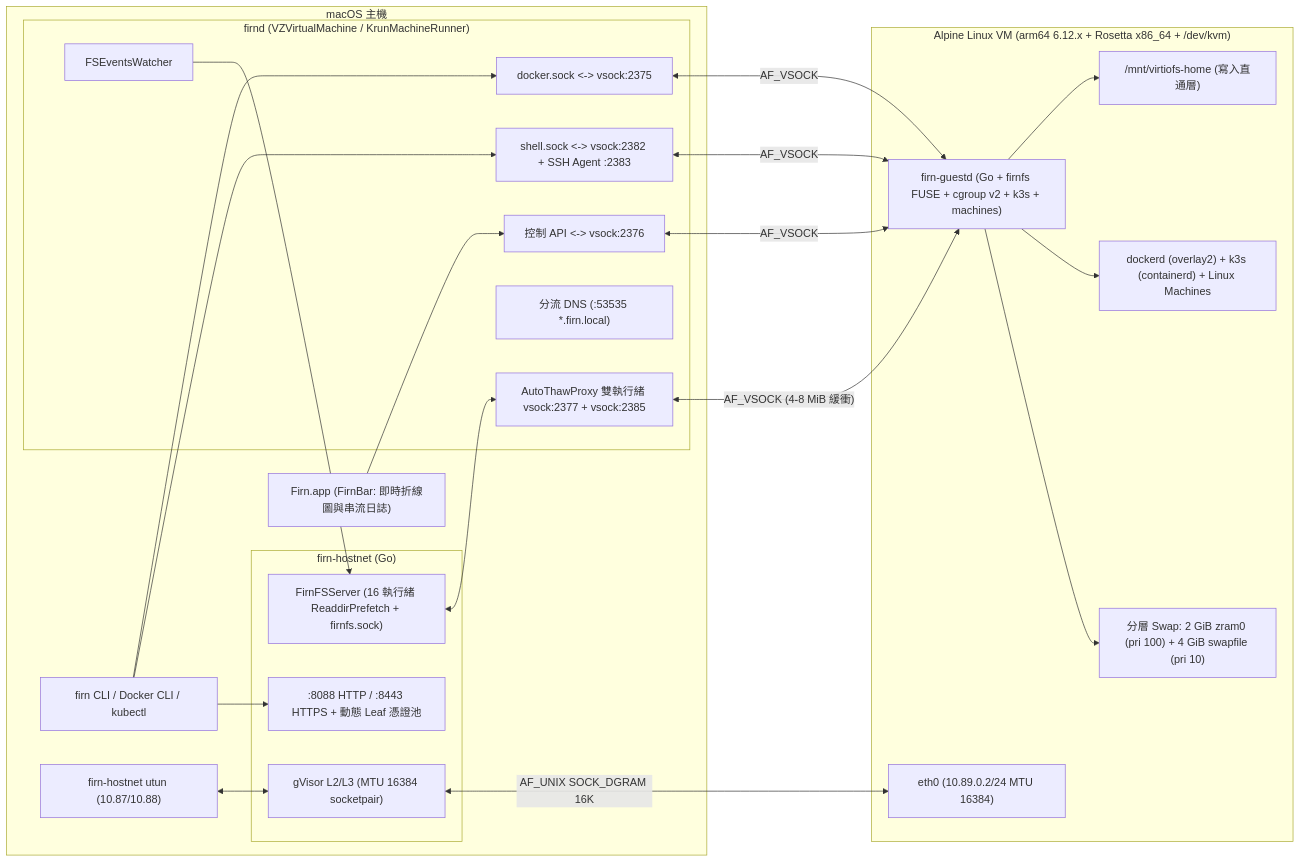
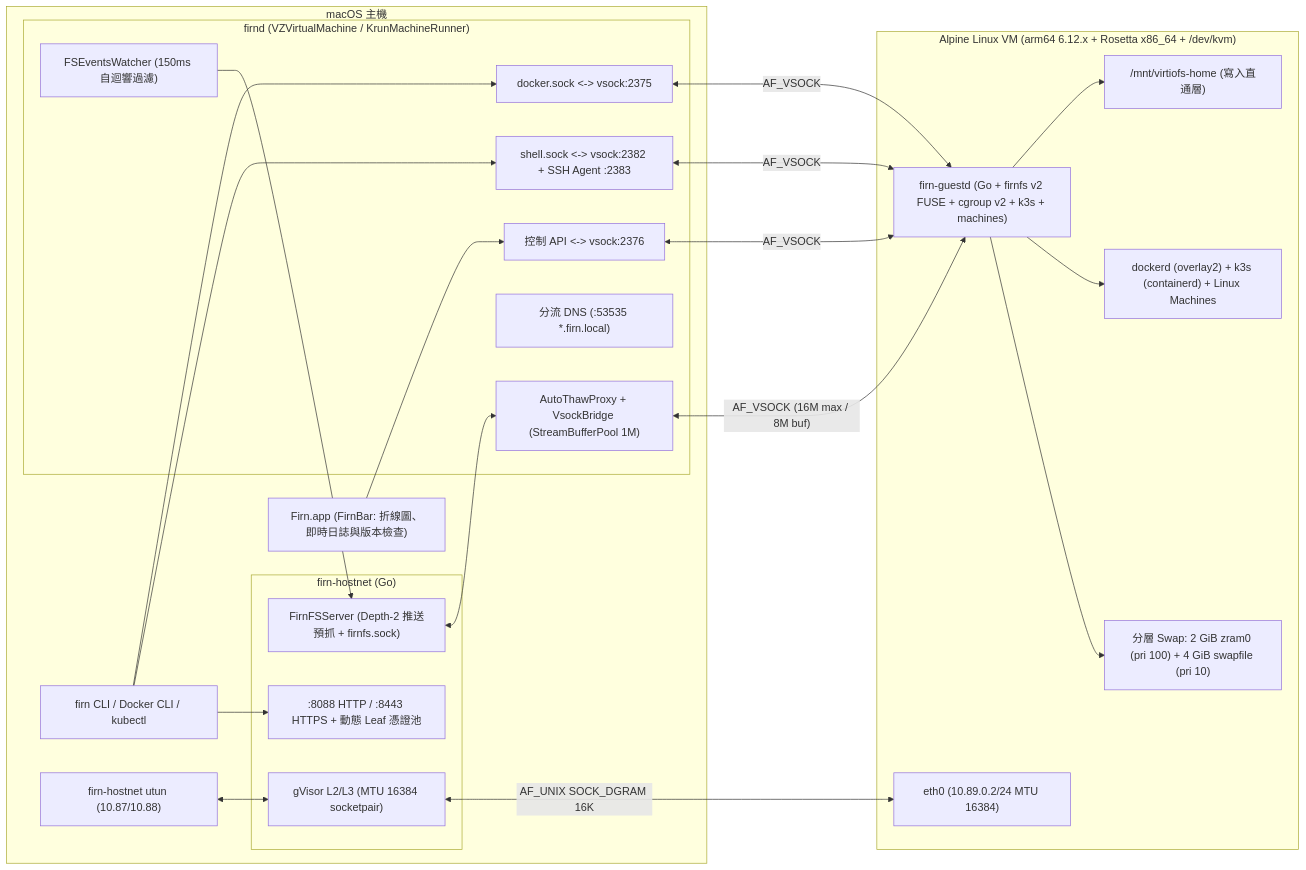
One commit to zxzinn/firn changed the diagram in README.zh-TW.md. Above: the diagram before and after it, drawn with Mermaid. The commit also changed other lines of this file and 27 other files, not shown here.

Commit message:
Release v0.5.0: firnfs Depth-2 prefetch, pooled streaming & zero-dependency distribution/self-update

````diff
--- a/README.zh-TW.md
+++ b/README.zh-TW.md
@@ -71,43 +111,43 @@
 ```mermaid
 flowchart LR
   subgraph macOS["macOS 主機"]
     CLI["firn CLI / Docker CLI / kubectl"]
-    Bar["Firn.app (FirnBar: 即時折線圖與串流日誌)"]
+    Bar["Firn.app (FirnBar: 折線圖、即時日誌與版本檢查)"]
     UTUN["firn-hostnet utun (10.87/10.88)"]
     subgraph Daemon["firnd (VZVirtualMachine / KrunMachineRunner)"]
-      FSW["FSEventsWatcher"]
+      FSW["FSEventsWatcher (150ms 自迴響過濾)"]
       D["docker.sock <-> vsock:2375"]
       C["控制 API <-> vsock:2376"]
-      T["AutoThawProxy 雙執行緒 vsock:2377 + vsock:2385"]
+      T["AutoThawProxy + VsockBridge (StreamBufferPool 1M)"]
       DNS["分流 DNS (:53535 *.firn.local)"]
       SH["shell.sock <-> vsock:2382 + SSH Agent :2383"]
     end
     subgraph HN["firn-hostnet (Go)"]
       GV["gVisor L2/L3 (MTU 16384 socketpair)"]
       TLS[":8088 HTTP / :8443 HTTPS + 動態 Leaf 憑證池"]
-      FSRV["FirnFSServer (16 執行緒 ReaddirPrefetch + firnfs.sock)"]
+      FSRV["FirnFSServer (Depth-2 推送預抓 + firnfs.sock)"]
     end
   end
   subgraph Linux["Alpine Linux VM (arm64 6.12.x + Rosetta x86_64 + /dev/kvm)"]
-    GD["firn-guestd (Go + firnfs FUSE + cgroup v2 + k3s + machines)"]
+    GD["firn-guestd (Go + firnfs v2 FUSE + cgroup v2 + k3s + machines)"]
     ETH["eth0 (10.89.0.2/24 MTU 16384)"]
     DK["dockerd (overlay2) + k3s (containerd) + Linux Machines"]
     VFS["/mnt/virtiofs-home (寫入直通層)"]
     SW["分層 Swap: 2 GiB zram0 (pri 100) + 4 GiB swapfile (pri 10)"]
   end
   CLI --> D
   CLI --> SH
   CLI --> TLS
   UTUN <--> GV
   Bar --> C
   FSW --> FSRV
-  T <-->|"AF_VSOCK (4-8 MiB 緩衝)"| GD
+  T <-->|"AF_VSOCK (16M max / 8M buf)"| GD
   D <-->|"AF_VSOCK"| GD
   C <-->|"AF_VSOCK"| GD
   SH <-->|"AF_VSOCK"| GD
   GV <-->|"AF_UNIX SOCK_DGRAM 16K"| ETH
   FSRV <--> T
   GD --> VFS
   GD --> DK
   GD --> SW
 ```
````
